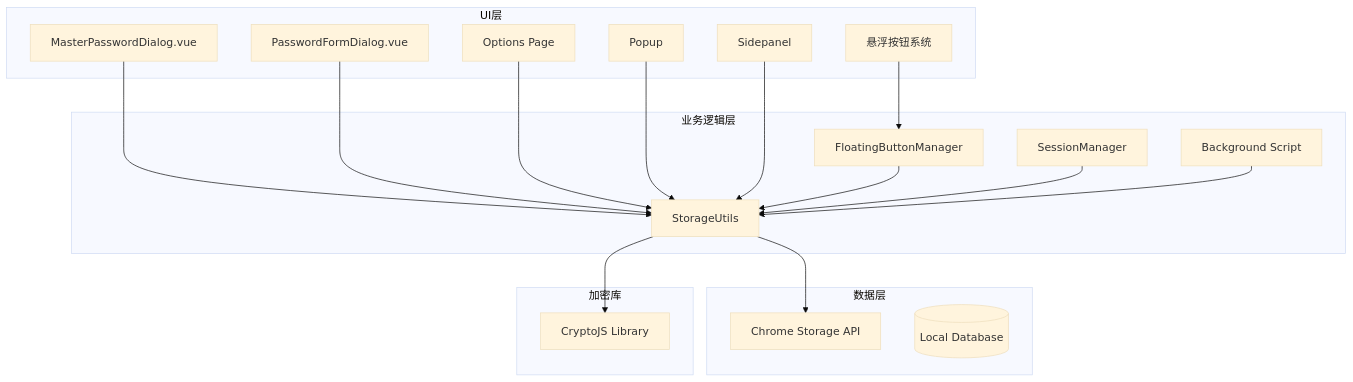
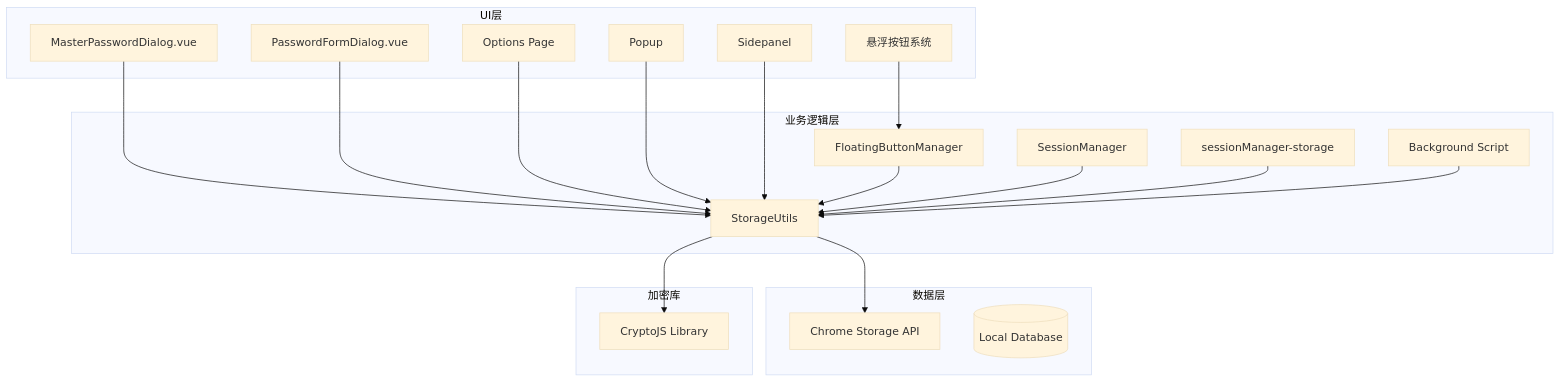
Before and after one commit to liaolongdong/account-password-helper: the first of 15 diagrams in .qoder/repowiki/zh/content/核心模块/存储管理系统.md, drawn with Mermaid (base theme). The commit also changed other lines of this file and 7 other files, not shown here.

````diff
--- a/.qoder/repowiki/zh/content/核心模块/存储管理系统.md
+++ b/.qoder/repowiki/zh/content/核心模块/存储管理系统.md
@@ -59,35 +64,37 @@
 ```mermaid
 graph TB
 subgraph "UI层"
 MPD[MasterPasswordDialog.vue]
 PFD[PasswordFormDialog.vue]
 Options[Options Page]
 Popup[Popup]
 Sidepanel[Sidepanel]
 FloatingButtons[悬浮按钮系统]
 end
 subgraph "业务逻辑层"
 Storage[StorageUtils]
 SessionMgr[SessionManager]
+SessionStorage[sessionManager-storage]
 Background[Background Script]
 FloatingMgr[FloatingButtonManager]
 end
 subgraph "数据层"
 ChromeStorage[Chrome Storage API]
 LocalDB[(Local Database)]
 end
 subgraph "加密库"
 CryptoJS[CryptoJS Library]
 end
 MPD --> Storage
 PFD --> Storage
 Options --> Storage
 Popup --> Storage
 Sidepanel --> Storage
 FloatingButtons --> FloatingMgr
 FloatingMgr --> Storage
 Storage --> ChromeStorage
 Storage --> CryptoJS
 SessionMgr --> Storage
+SessionStorage --> Storage
 Background --> Storage
 ```
````
